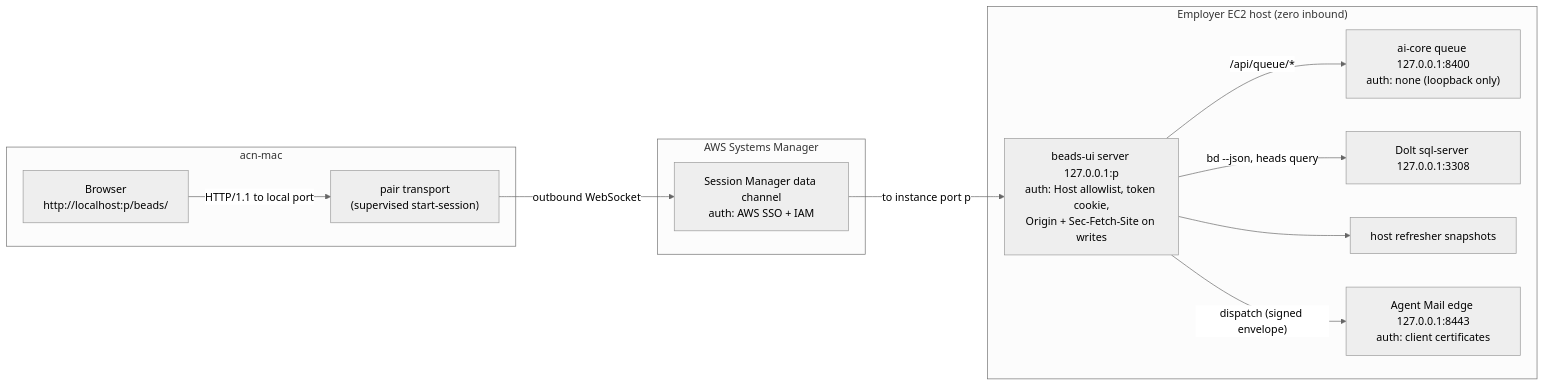
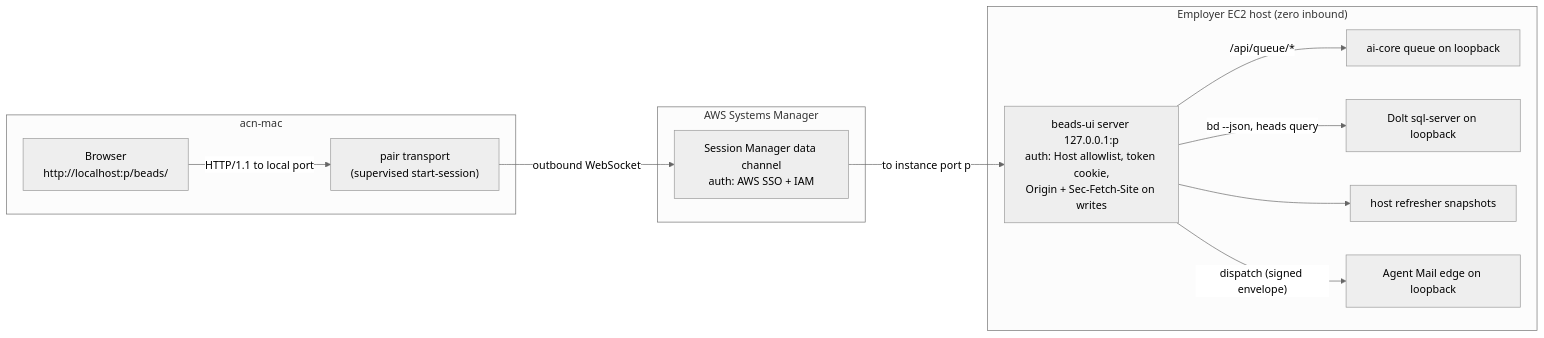
The first of 2 diagrams in docs/research/findings/beads-ui-web-app-backend-portal-and-access.md (sergeiwallace/beads-ui), drawn with Mermaid (neutral theme) before and after one commit. The commit also changed other lines of this file and 4 other files, not shown here.

````diff
--- a/docs/research/findings/beads-ui-web-app-backend-portal-and-access.md
+++ b/docs/research/findings/beads-ui-web-app-backend-portal-and-access.md
@@ -629,24 +624,24 @@
 ```mermaid
 flowchart LR
   subgraph mac["acn-mac"]
     B["Browser<br/>http://localhost:p/beads/"]
     PT["pair transport<br/>(supervised start-session)"]
   end
   subgraph aws["AWS Systems Manager"]
     SM["Session Manager data channel<br/>auth: AWS SSO + IAM"]
   end
   subgraph ec2["Employer EC2 host (zero inbound)"]
     W["beads-ui server 127.0.0.1:p<br/>auth: Host allowlist, token cookie,<br/>Origin + Sec-Fetch-Site on writes"]
-    Q["ai-core queue 127.0.0.1:8400<br/>auth: none (loopback only)"]
-    D["Dolt sql-server 127.0.0.1:3308"]
+    Q["ai-core queue on loopback"]
+    D["Dolt sql-server on loopback"]
     R["host refresher snapshots"]
-    AM["Agent Mail edge 127.0.0.1:8443<br/>auth: client certificates"]
+    AM["Agent Mail edge on loopback"]
   end
   B -->|"HTTP/1.1 to local port"| PT
   PT -->|"outbound WebSocket"| SM
   SM -->|"to instance port p"| W
   W -->|"bd --json, heads query"| D
   W --> R
   W -->|"/api/queue/*"| Q
   W -->|"dispatch (signed envelope)"| AM
 ```
````
